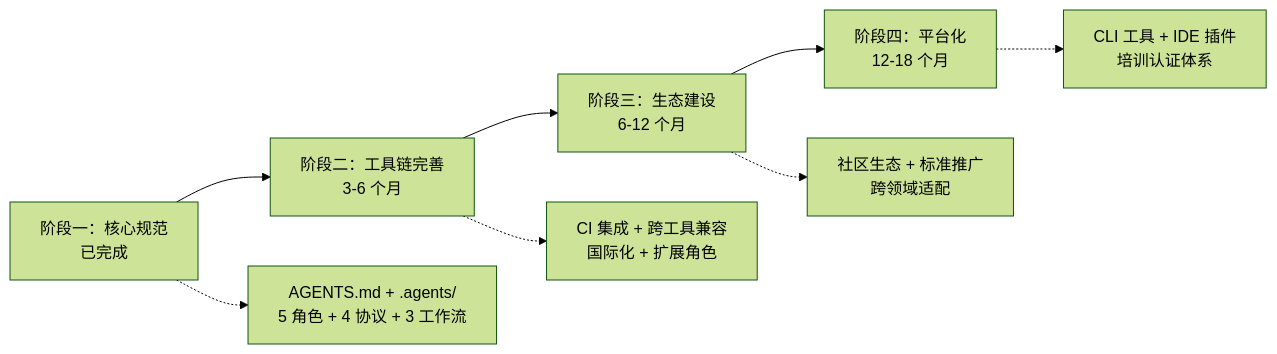
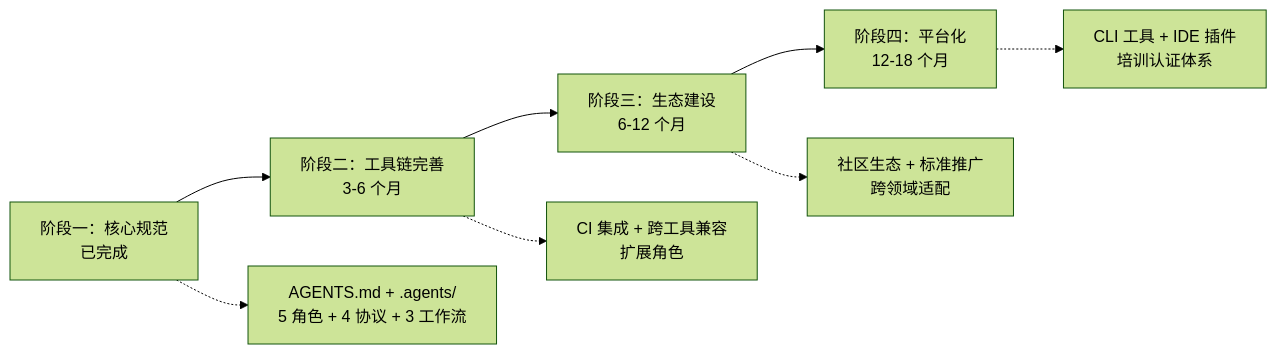
One commit to xinetzone/SpecWeave changed the first of 4 diagrams in README.md. Above: the diagram before and after it, drawn with Mermaid (forest theme). The commit also changed other lines of this file and 14 other files, not shown here.

````diff
--- a/README.md
+++ b/README.md
@@ -100,10 +82,10 @@
 ```mermaid
 flowchart LR
     P1["阶段一：核心规范<br/>已完成"] --> P2["阶段二：工具链完善<br/>3-6 个月"]
     P2 --> P3["阶段三：生态建设<br/>6-12 个月"]
     P3 --> P4["阶段四：平台化<br/>12-18 个月"]
     P1 -.-> M1["AGENTS.md + .agents/<br/>5 角色 + 4 协议 + 3 工作流"]
-    P2 -.-> M2["CI 集成 + 跨工具兼容<br/>国际化 + 扩展角色"]
+    P2 -.-> M2["CI 集成 + 跨工具兼容<br/>扩展角色"]
     P3 -.-> M3["社区生态 + 标准推广<br/>跨领域适配"]
     P4 -.-> M4["CLI 工具 + IDE 插件<br/>培训认证体系"]
 ```
````
